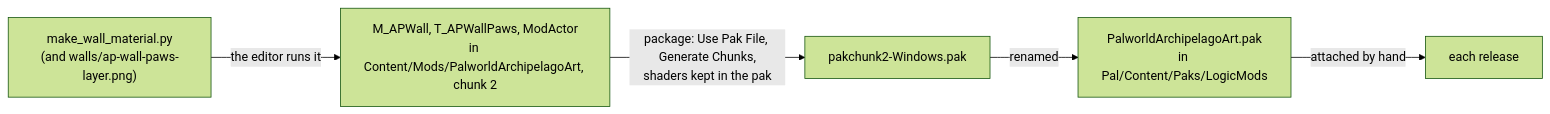
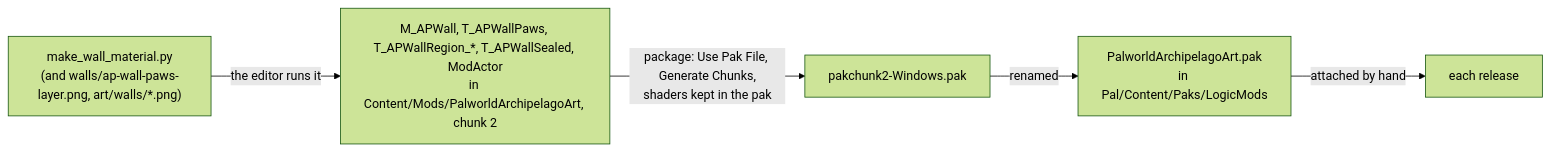
One commit to JustEyeTea/Palworld-Archipelago-Randomizer changed the diagram in logicmod/README.md. Above: the diagram before and after it, drawn with Mermaid (forest theme). The commit also changed other lines of this file and 75 other files, not shown here.

````diff
--- a/logicmod/README.md
+++ b/logicmod/README.md
@@ -151,7 +151,7 @@
 ```mermaid
 flowchart LR
-  PY["make_wall_material.py<br/>(and walls/ap-wall-paws-layer.png)"] -->|"the editor runs it"| AS["M_APWall, T_APWallPaws, ModActor<br/>in Content/Mods/PalworldArchipelagoArt, chunk 2"]
+  PY["make_wall_material.py<br/>(and walls/ap-wall-paws-layer.png, art/walls/*.png)"] -->|"the editor runs it"| AS["M_APWall, T_APWallPaws, T_APWallRegion_*, T_APWallSealed, ModActor<br/>in Content/Mods/PalworldArchipelagoArt, chunk 2"]
   AS -->|"package: Use Pak File, Generate Chunks,<br/>shaders kept in the pak"| PK["pakchunk2-Windows.pak"]
   PK -->|"renamed"| ART["PalworldArchipelagoArt.pak<br/>in Pal/Content/Paks/LogicMods"]
   ART -->|"attached by hand"| REL["each release"]
 ```
````
